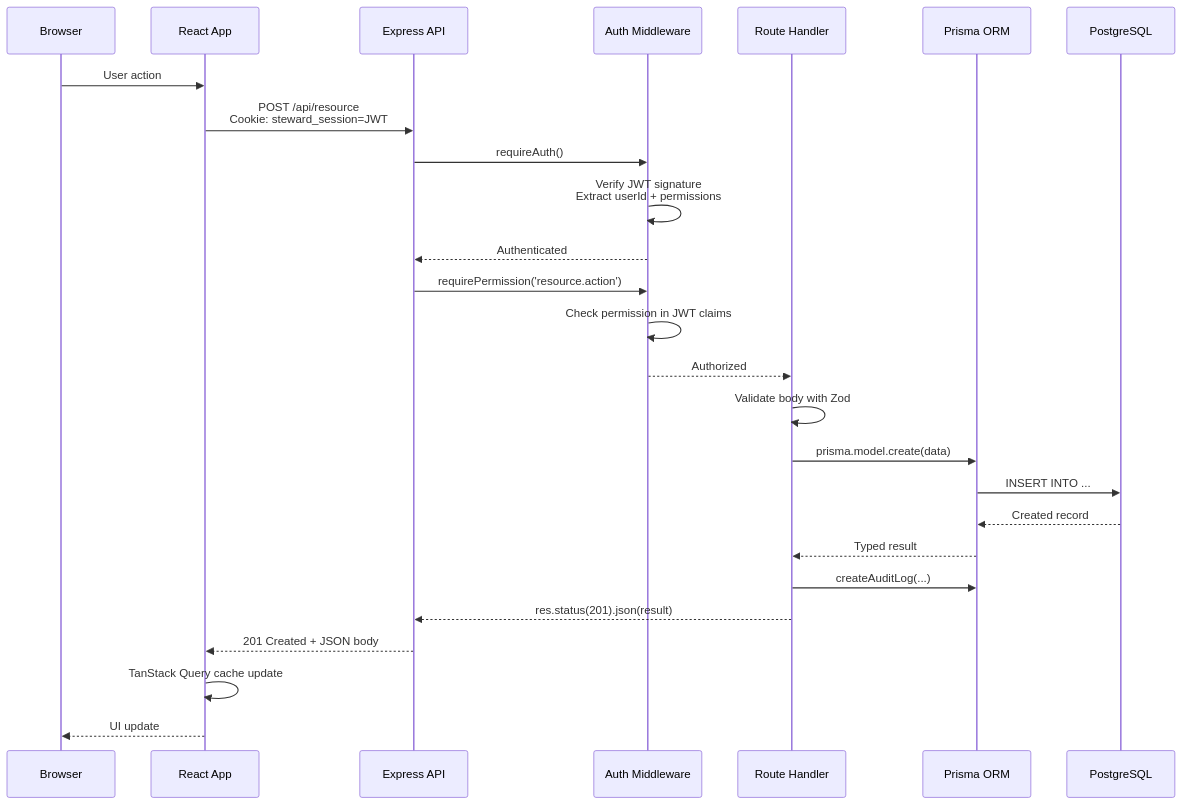
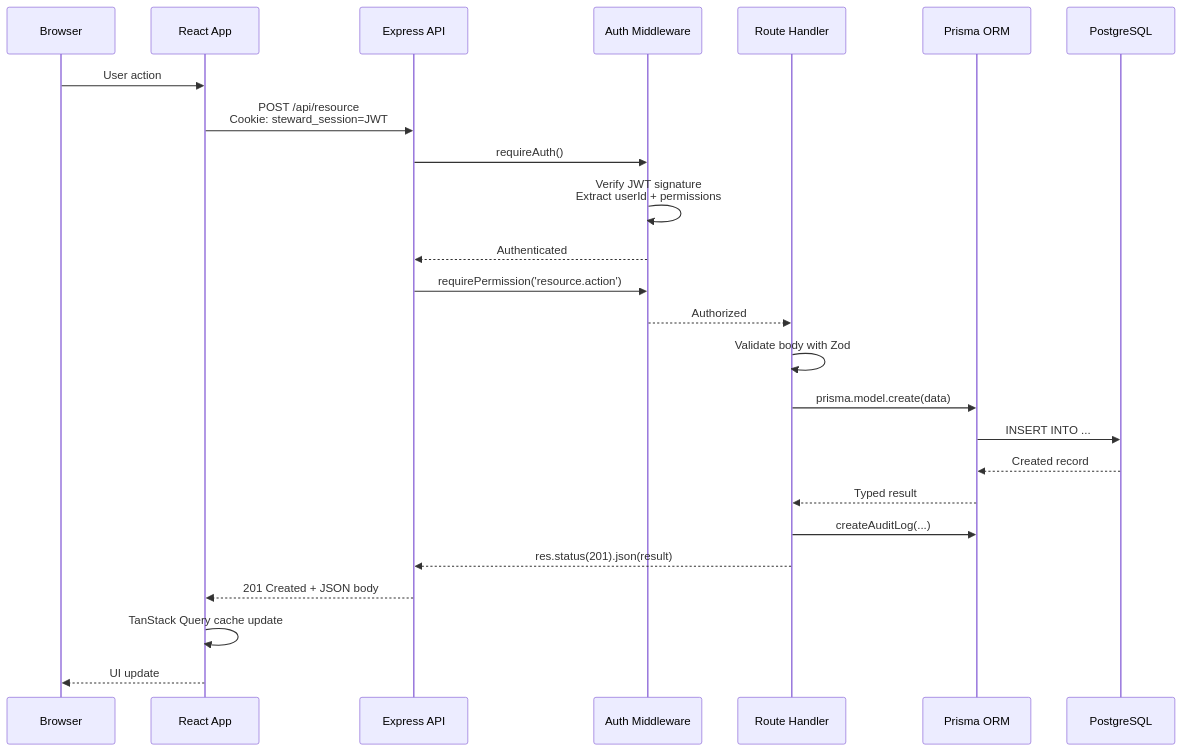
One commit to 24Skater/StewardChMS changed the fourth of 7 diagrams in README.md. Above: the diagram before and after it, drawn with Mermaid. The commit also changed other lines of this file and 22 other files, not shown here.

````diff
--- a/README.md
+++ b/README.md
@@ -442,29 +406,28 @@
 ```mermaid
 sequenceDiagram
     participant Browser
     participant React as React App
     participant Express as Express API
     participant Auth as Auth Middleware
     participant Route as Route Handler
     participant Prisma as Prisma ORM
     participant DB as PostgreSQL
 
     Browser->>React: User action
     React->>Express: POST /api/resource<br/>Cookie: steward_session=JWT
     Express->>Auth: requireAuth()
     Auth->>Auth: Verify JWT signature<br/>Extract userId + permissions
     Auth-->>Express: Authenticated
     Express->>Auth: requirePermission('resource.action')
-    Auth->>Auth: Check permission in JWT claims
     Auth-->>Route: Authorized
     Route->>Route: Validate body with Zod
     Route->>Prisma: prisma.model.create(data)
     Prisma->>DB: INSERT INTO ...
     DB-->>Prisma: Created record
     Prisma-->>Route: Typed result
     Route->>Prisma: createAuditLog(...)
     Route-->>Express: res.status(201).json(result)
     Express-->>React: 201 Created + JSON body
     React->>React: TanStack Query cache update
     React-->>Browser: UI update
 ```
````
